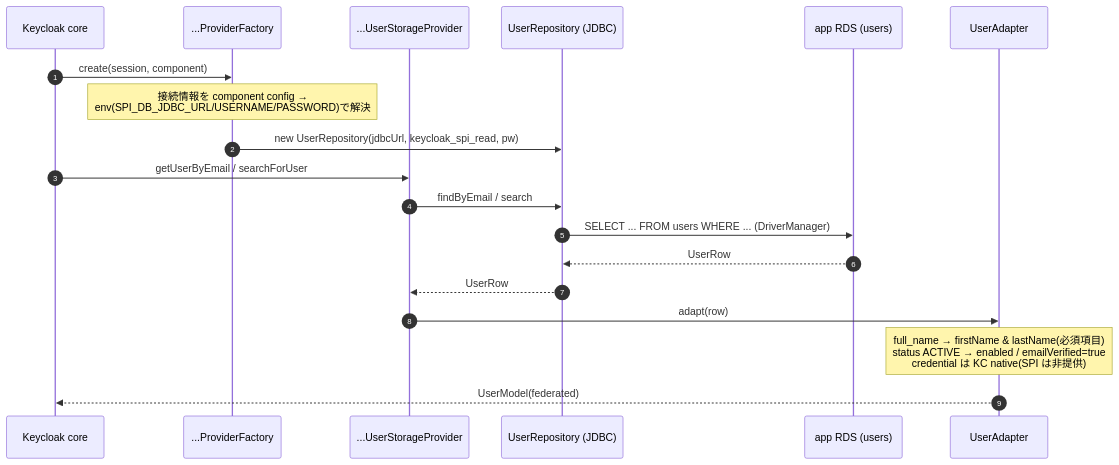
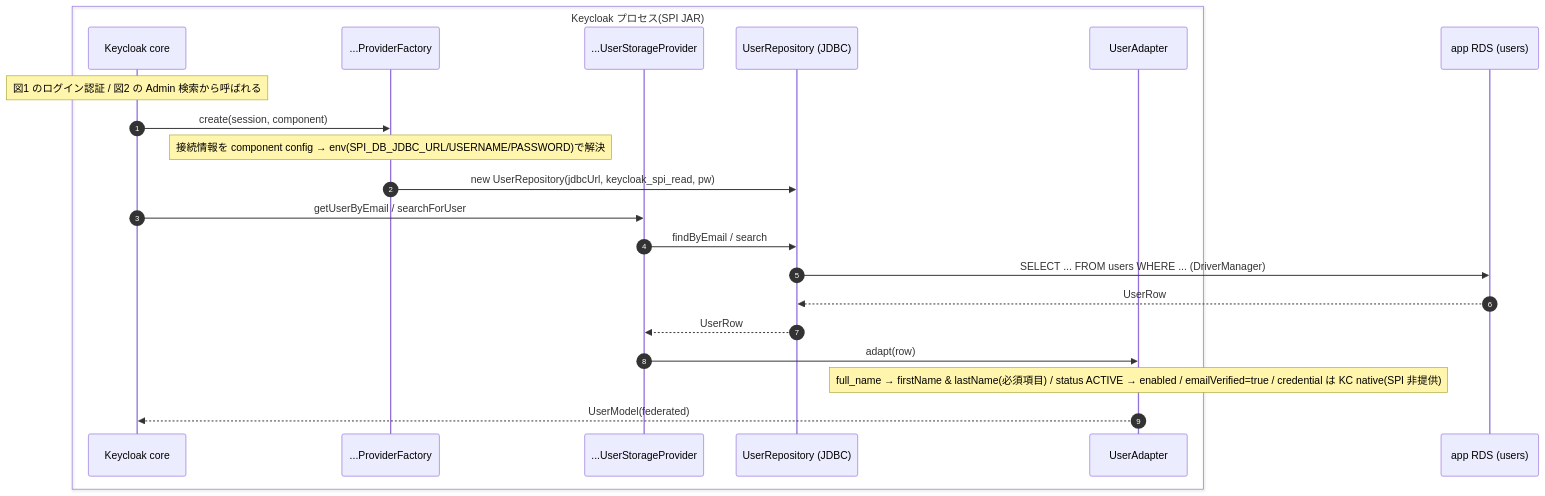
Before and after one commit to win2cot/tasks-webapi: the third of 4 diagrams in docs/architecture/keycloak-integration-sequences.md, drawn with Mermaid. The commit also changed other lines of this file, not shown here.

First line of the commit message:
docs(keycloak): シーケンス図をレビュー指摘反映で改訂(Q1-Q7)

````diff
--- a/docs/architecture/keycloak-integration-sequences.md
+++ b/docs/architecture/keycloak-integration-sequences.md
@@ -110,22 +147,25 @@
 ```mermaid
 sequenceDiagram
     autonumber
-    participant KC as Keycloak core
-    participant F as ...ProviderFactory
-    participant P as ...UserStorageProvider
-    participant R as UserRepository (JDBC)
+    box Keycloak プロセス(SPI JAR)
+        participant KC as Keycloak core
+        participant F as ...ProviderFactory
+        participant P as ...UserStorageProvider
+        participant R as UserRepository (JDBC)
+        participant A as UserAdapter
+    end
     participant DB as app RDS (users)
-    participant A as UserAdapter
 
+    Note over KC: 図1 のログイン認証 / 図2 の Admin 検索から呼ばれる
     KC->>F: create(session, component)
-    Note over F: 接続情報を component config →<br/>env(SPI_DB_JDBC_URL/USERNAME/PASSWORD)で解決
+    Note over F: 接続情報を component config → env(SPI_DB_JDBC_URL/USERNAME/PASSWORD)で解決
     F->>R: new UserRepository(jdbcUrl, keycloak_spi_read, pw)
     KC->>P: getUserByEmail / searchForUser
     P->>R: findByEmail / search
     R->>DB: SELECT ... FROM users WHERE ... (DriverManager)
     DB-->>R: UserRow
     R-->>P: UserRow
     P->>A: adapt(row)
-    Note over A: full_name → firstName & lastName(必須項目)<br/>status ACTIVE → enabled / emailVerified=true<br/>credential は KC native(SPI は非提供)
+    Note over A: full_name → firstName & lastName(必須項目) / status ACTIVE → enabled / emailVerified=true / credential は KC native(SPI 非提供)
     A-->>KC: UserModel(federated)
 ```
````
